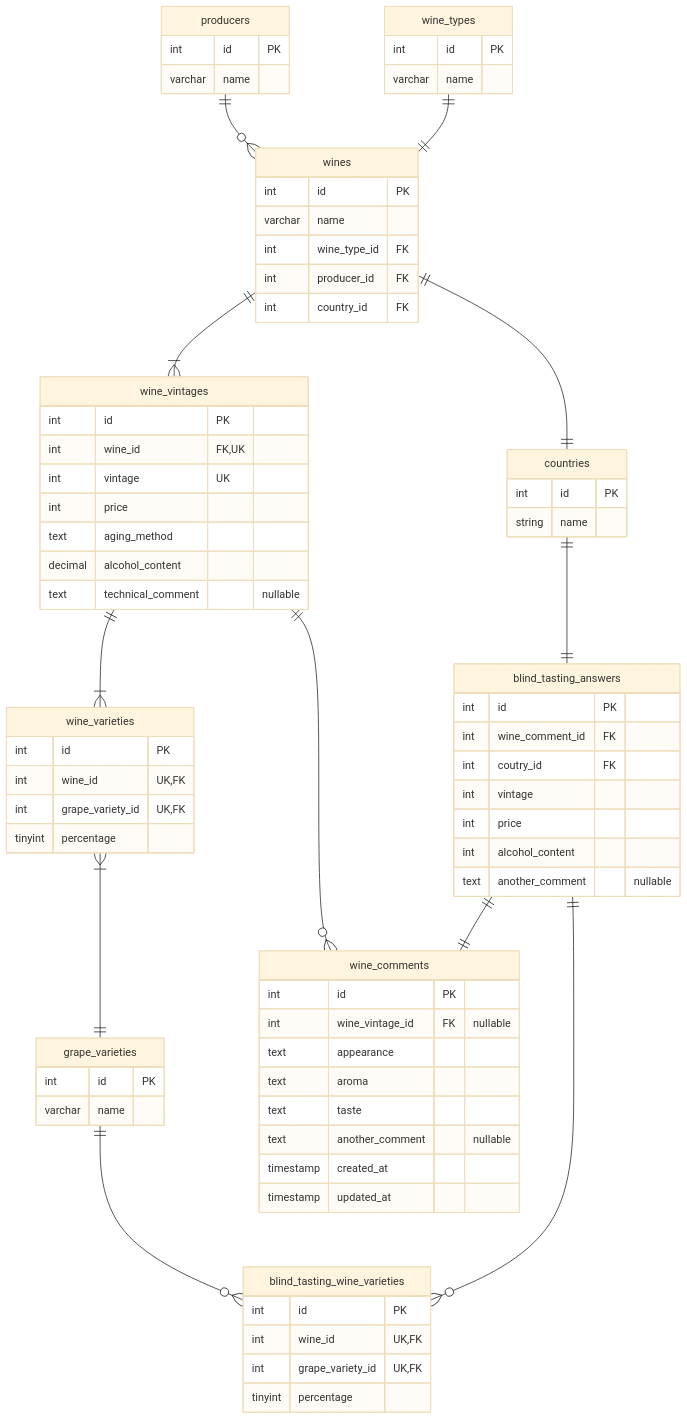
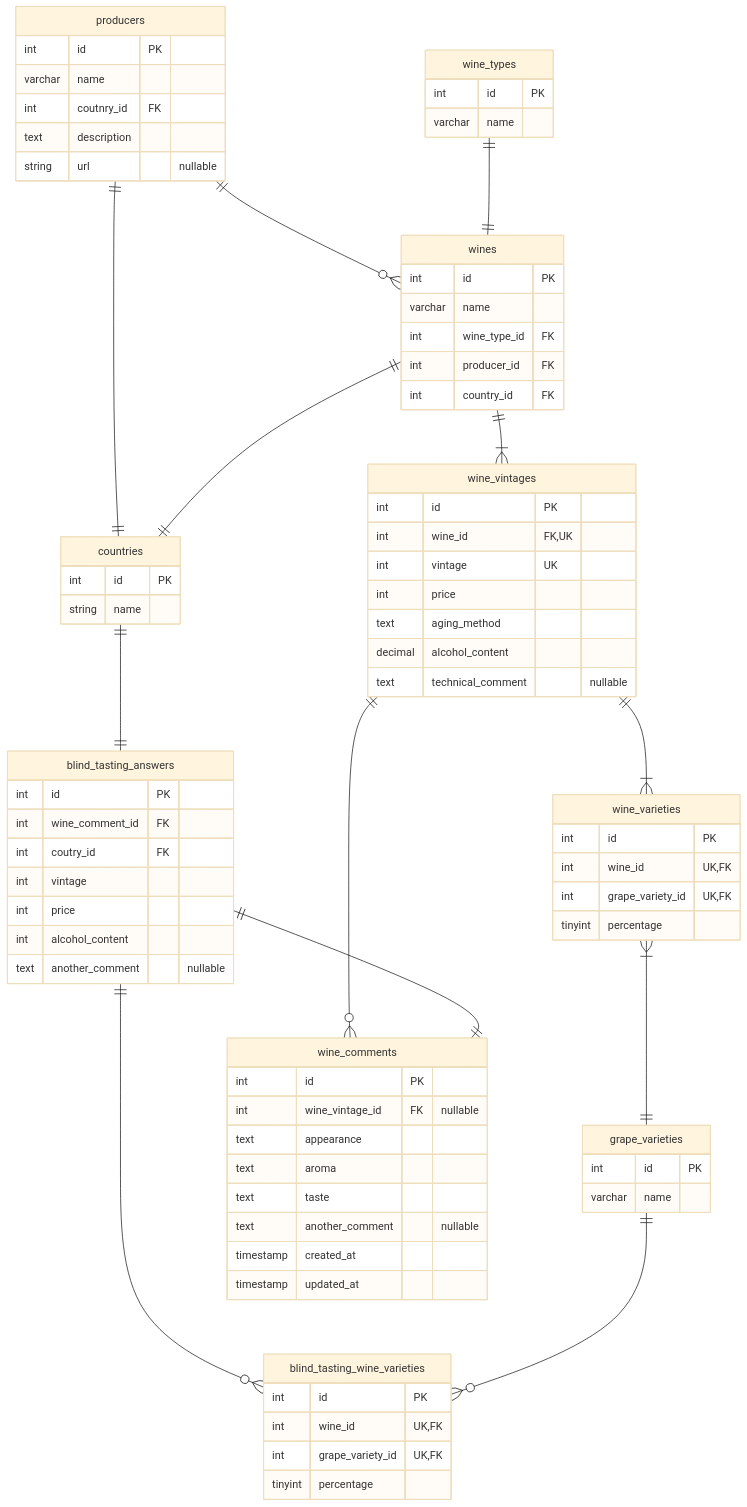
The diagram in api/architecture/er.md (cork03/tastingNote), drawn with Mermaid (base theme) before and after one commit. The commit also changed 2 other files, not shown here.

Commit message:
producerにカラムを追加

```diff
--- a/api/architecture/er.md
+++ b/api/architecture/er.md
@@ -3,6 +3,9 @@
     producers {
         int id PK
         varchar name
+        int coutnry_id FK
+        text description 
+        string url "nullable"
     }
     
     wines {
@@ -75,6 +78,7 @@
     
     
     producers ||--o{ wines : ""
+    producers ||--|| countries : ""
     wines ||--|{ wine_vintages : ""
     wines ||--|| countries : ""
     wine_vintages ||--|{ wine_varieties : ""
```
